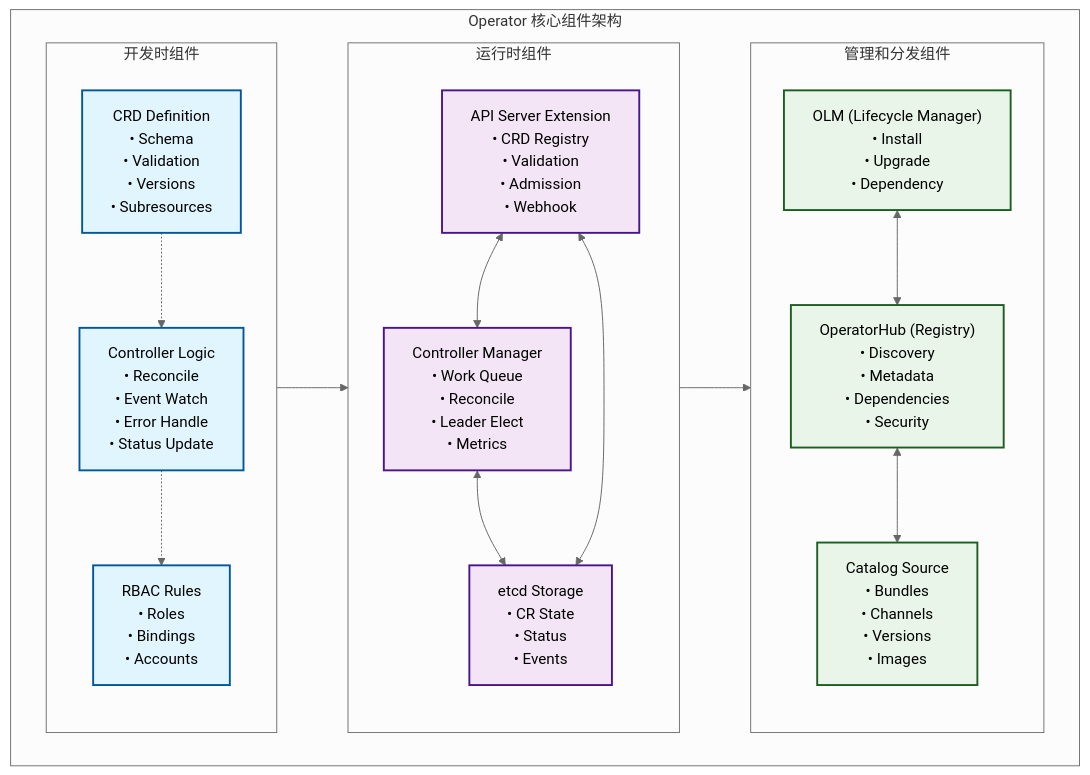
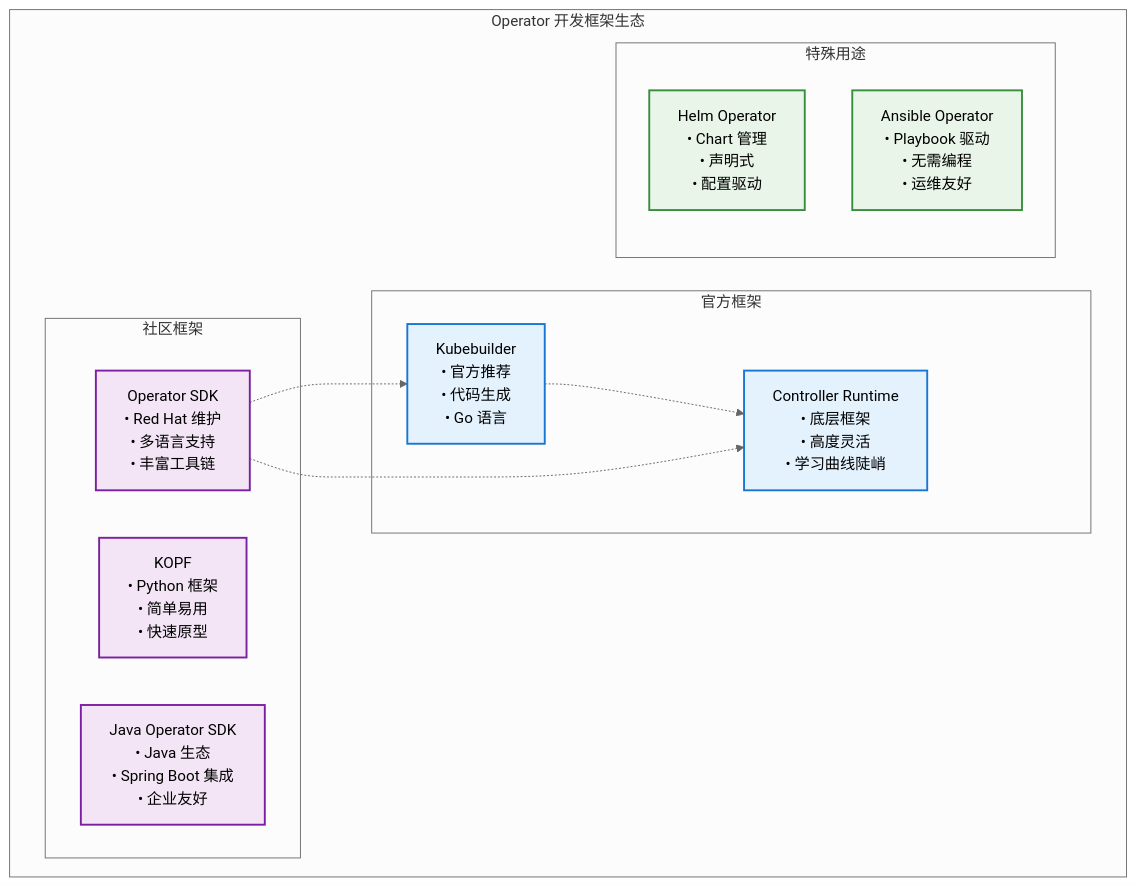
One commit to leonstack/kubernetes-hands-on-course changed the fourth of 16 diagrams in Advanced-Topics/operator/Spring-Boot-Operator.md. Above: the diagram before and after it, drawn with Mermaid (neutral theme). The commit also changed other lines of this file, not shown here.

````diff
--- a/Advanced-Topics/operator/Spring-Boot-Operator.md
+++ b/Advanced-Topics/operator/Spring-Boot-Operator.md
@@ -267,50 +503,34 @@
 ```mermaid
 graph TB
-    subgraph "Operator 核心组件架构"
-        subgraph dev ["开发时组件"]
-            CRD["CRD Definition<br/>• Schema<br/>• Validation<br/>• Versions<br/>• Subresources"]
-            Controller["Controller Logic<br/>• Reconcile<br/>• Event Watch<br/>• Error Handle<br/>• Status Update"]
-            RBAC["RBAC Rules<br/>• Roles<br/>• Bindings<br/>• Accounts"]
+    subgraph "Operator 开发框架生态"
+        subgraph "官方框架"
+            ControllerRuntime["Controller Runtime<br/>• 底层框架<br/>• 高度灵活<br/>• 学习曲线陡峭"]
+            Kubebuilder["Kubebuilder<br/>• 官方推荐<br/>• 代码生成<br/>• Go 语言"]
         end
         
-        subgraph runtime ["运行时组件"]
-            APIServer["API Server Extension<br/>• CRD Registry<br/>• Validation<br/>• Admission<br/>• Webhook"]
-            ControllerMgr["Controller Manager<br/>• Work Queue<br/>• Reconcile<br/>• Leader Elect<br/>• Metrics"]
-            etcd["etcd Storage<br/>• CR State<br/>• Status<br/>• Events"]
+        subgraph "社区框架"
+            OperatorSDK["Operator SDK<br/>• Red Hat 维护<br/>• 多语言支持<br/>• 丰富工具链"]
+            KOPF["KOPF<br/>• Python 框架<br/>• 简单易用<br/>• 快速原型"]
+            JavaOperatorSDK["Java Operator SDK<br/>• Java 生态<br/>• Spring Boot 集成<br/>• 企业友好"]
         end
         
-        subgraph mgmt ["管理和分发组件"]
-            OLM["OLM (Lifecycle Manager)<br/>• Install<br/>• Upgrade<br/>• Dependency"]
-            OperatorHub["OperatorHub (Registry)<br/>• Discovery<br/>• Metadata<br/>• Dependencies<br/>• Security"]
-            Catalog["Catalog Source<br/>• Bundles<br/>• Channels<br/>• Versions<br/>• Images"]
+        subgraph "特殊用途"
+            Helm["Helm Operator<br/>• Chart 管理<br/>• 声明式<br/>• 配置驱动"]
+            Ansible["Ansible Operator<br/>• Playbook 驱动<br/>• 无需编程<br/>• 运维友好"]
         end
     end
     
-    %% 开发时组件关系
-    CRD -.-> Controller
-    Controller -.-> RBAC
-    
-    %% 开发时到运行时的流程
-    dev --> runtime
-    
-    %% 运行时组件关系
-    APIServer <--> ControllerMgr
-    ControllerMgr <--> etcd
-    APIServer <--> etcd
-    
-    %% 运行时到管理组件的流程
-    runtime --> mgmt
-    
-    %% 管理组件关系
-    OLM <--> OperatorHub
-    OperatorHub <--> Catalog
+    %% 框架关系
+    Kubebuilder -.-> ControllerRuntime
+    OperatorSDK -.-> ControllerRuntime
+    OperatorSDK -.-> Kubebuilder
     
     %% 样式定义
-    classDef devStyle fill:#e1f5fe,stroke:#01579b,stroke-width:2px
-    classDef runtimeStyle fill:#f3e5f5,stroke:#4a148c,stroke-width:2px
-    classDef mgmtStyle fill:#e8f5e8,stroke:#1b5e20,stroke-width:2px
+    classDef officialStyle fill:#e3f2fd,stroke:#1976d2,stroke-width:2px
+    classDef communityStyle fill:#f3e5f5,stroke:#7b1fa2,stroke-width:2px
+    classDef specialStyle fill:#e8f5e8,stroke:#388e3c,stroke-width:2px
     
-    class CRD,Controller,RBAC devStyle
-    class APIServer,ControllerMgr,etcd runtimeStyle
-    class OLM,OperatorHub,Catalog mgmtStyle
+    class ControllerRuntime,Kubebuilder officialStyle
+    class OperatorSDK,KOPF,JavaOperatorSDK communityStyle
+    class Helm,Ansible specialStyle
 ```
````
